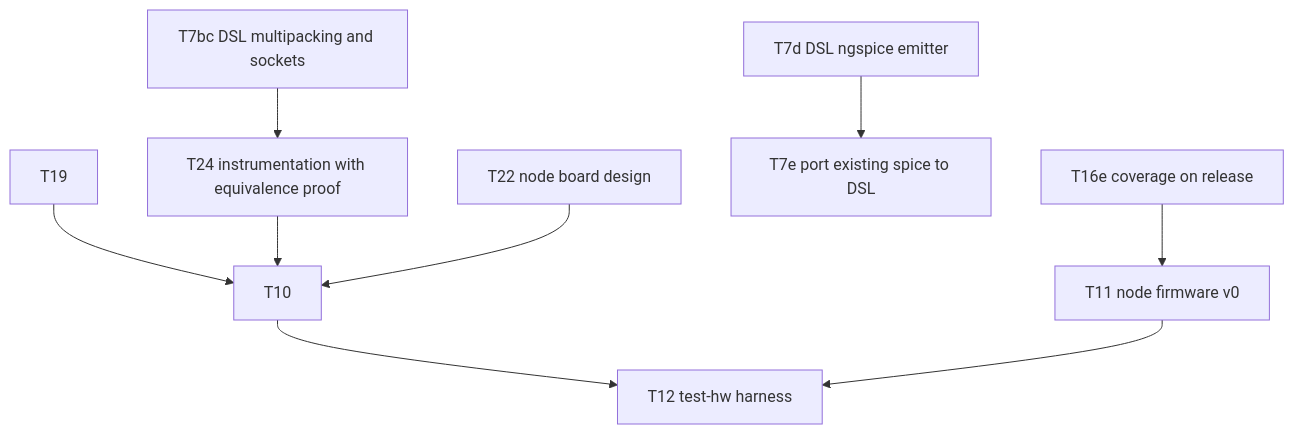
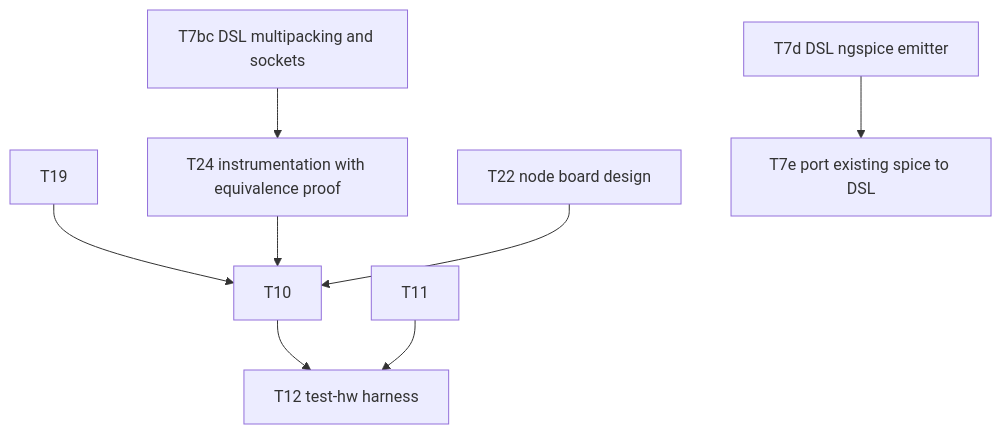
The diagram in KANBAN.md (kristofferkoch/oparroy), drawn with Mermaid before and after one commit. The commit also changed other lines of this file and 1 other file, not shown here.

````diff
--- a/KANBAN.md
+++ b/KANBAN.md
@@ -34,11 +34,10 @@
 ```mermaid
 graph TD
     T19 --> T10
     T7bc[T7bc DSL multipacking and sockets] --> T24[T24 instrumentation with equivalence proof]
     T24 --> T10
     T22[T22 node board design] --> T10
     T7d[T7d DSL ngspice emitter] --> T7e[T7e port existing spice to DSL]
     T10 --> T12[T12 test-hw harness]
     T11 --> T12
-    T16e[T16e coverage on release] --> T11[T11 node firmware v0]
 ```
````
